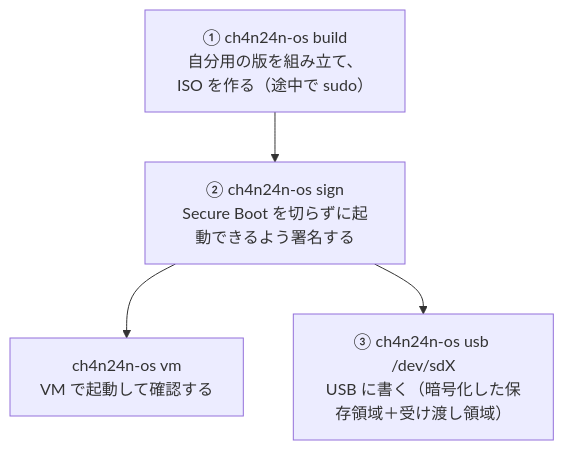
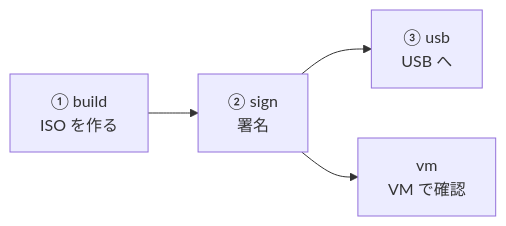
One commit to Ch4n24n/ch4n24n-os-public changed the diagram in README.md. Above: the diagram before and after it, drawn with Mermaid. The commit also changed other lines of this file, not shown here.

Commit message:
README: OS スクショを width=480 に縮小し、フローチャートを横並び（LR）の短いラベルに

````diff
--- a/README.md
+++ b/README.md
@@ -9,10 +9,6 @@
 ```mermaid
-flowchart TD
-    build["① ch4n24n-os build<br/>自分用の版を組み立て、ISO を作る（途中で sudo）"]
-    sign["② ch4n24n-os sign<br/>Secure Boot を切らずに起動できるよう署名する"]
-    vm["ch4n24n-os vm<br/>VM で起動して確認する"]
-    usb["③ ch4n24n-os usb /dev/sdX<br/>USB に書く（暗号化した保存領域＋受け渡し領域）"]
-    build --> sign
-    sign --> vm
-    sign --> usb
+flowchart LR
+    build["① build<br/>ISO を作る"] --> sign["② sign<br/>署名"]
+    sign --> usb["③ usb<br/>USB へ"]
+    sign --> vm["vm<br/>VM で確認"]
 ```
````
